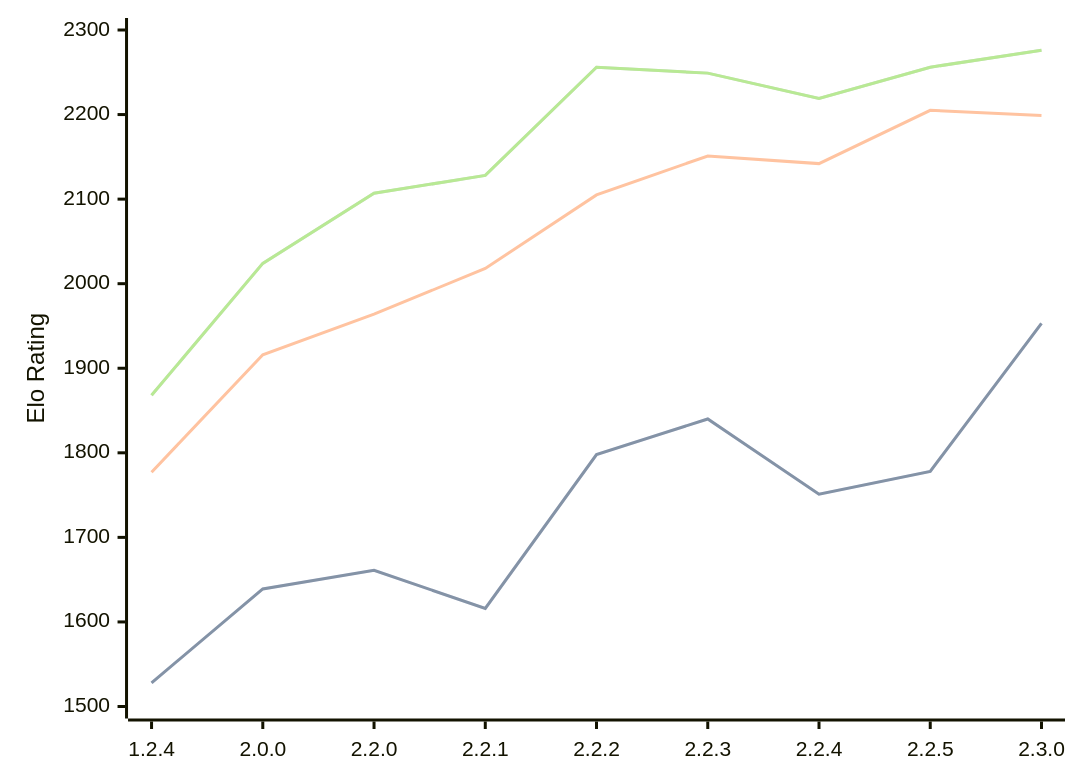
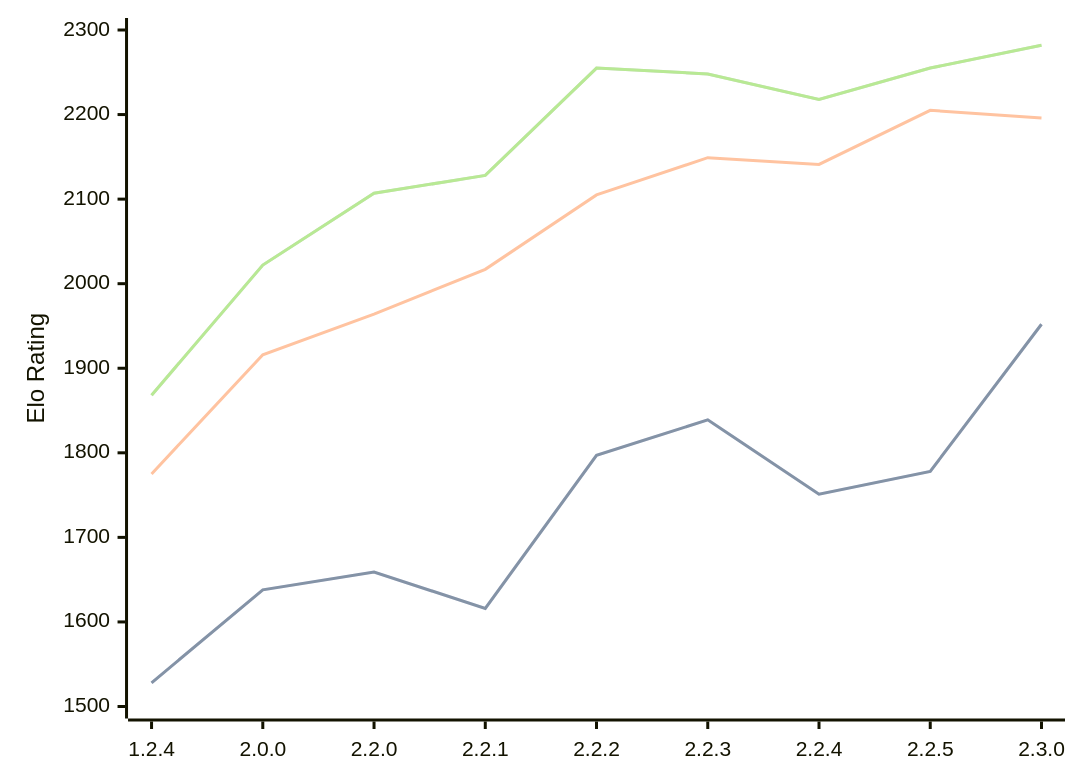
One commit to computer-chess-index/cci changed the diagram in engines/Kreveta.md. Above: the diagram before and after it, drawn with Mermaid. The commit also changed other lines of this file, not shown here.

Commit message:
Update CCI Ratings (ELO VLTC) - 2026-04-24

````diff
--- a/engines/Kreveta.md
+++ b/engines/Kreveta.md
@@ -42,11 +42,11 @@
 ```mermaid
 %%{init: {"theme":"base","themeVariables":{"seriesColors:['#a3a3a3','#222221','#faa371']}}}%%
 xychart-beta
   x-axis ["1.2.4", "2.0.0", "2.2.0", "2.2.1", "2.2.2", "2.2.3", "2.2.4", "2.2.5", "2.3.0"]
   y-axis "Elo Rating" 1500 --> 2300
-  line "STC (8.0+0.08s)" [1528, 1639, 1661, 1616, 1798, 1840, 1751, 1778, 1953]
-  line "STC (8.0+0.08s)" [1528, 1639, 1661, 1616, 1798, 1840, 1751, 1778, 1953]
-  line "LTC (60.0+0.60s)" [1777, 1916, 1964, 2018, 2105, 2151, 2142, 2205, 2199]
-  line "VLTC (2m24s+1.12s)" [1868, 2024, 2107, 2128, 2256, 2249, 2219, 2256, 2276]
-  line "VLTC (2m24s+1.12s)" [1868, 2024, 2107, 2128, 2256, 2249, 2219, 2256, 2276]
+  line "STC (8.0+0.08s)" [1528, 1638, 1659, 1616, 1797, 1839, 1751, 1778, 1952]
+  line "STC (8.0+0.08s)" [1528, 1638, 1659, 1616, 1797, 1839, 1751, 1778, 1952]
+  line "LTC (60.0+0.60s)" [1775, 1916, 1964, 2017, 2105, 2149, 2141, 2205, 2196]
+  line "VLTC (2m24s+1.12s)" [1868, 2022, 2107, 2128, 2255, 2248, 2218, 2255, 2282]
+  line "VLTC (2m24s+1.12s)" [1868, 2022, 2107, 2128, 2255, 2248, 2218, 2255, 2282]
 ```
````
